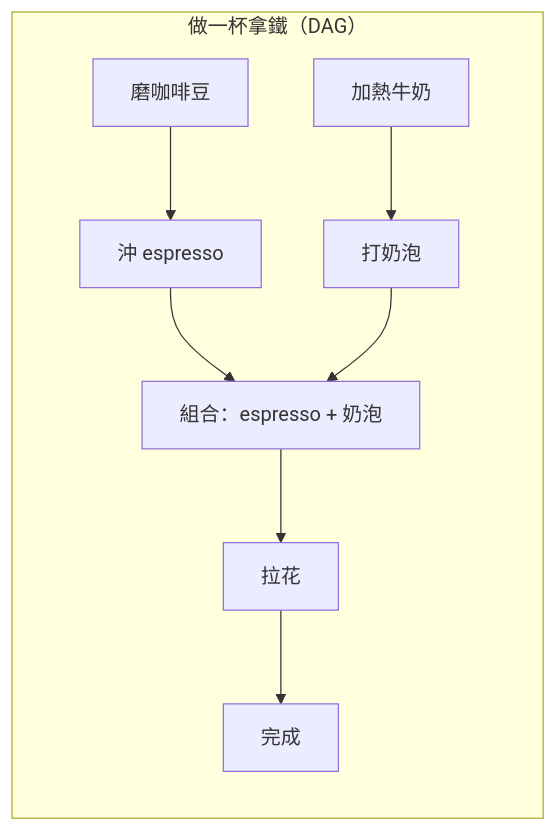
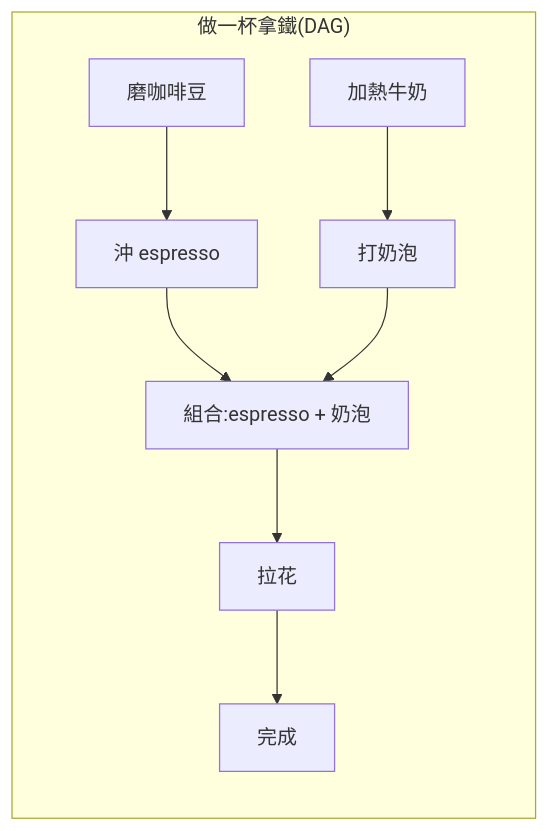
One commit to deadline314/Lesson3-AI-Tools changed diagram 19 of 47 in Guide.md. Above: the diagram before and after it, drawn with Mermaid. The commit also changed other lines of this file and 25 other files, not shown here.

````diff
--- a/Guide.md
+++ b/Guide.md
@@ -683,11 +991,11 @@
 ```mermaid
 flowchart LR
-    subgraph "做一杯拿鐵（DAG）"
+    subgraph "做一杯拿鐵(DAG)"
         A["磨咖啡豆"] --> C["沖 espresso"]
         B["加熱牛奶"] --> D["打奶泡"]
-        C --> E["組合：espresso + 奶泡"]
+        C --> E["組合:espresso + 奶泡"]
         D --> E
         E --> F["拉花"]
         F --> G["完成"]
     end
 ```
````
